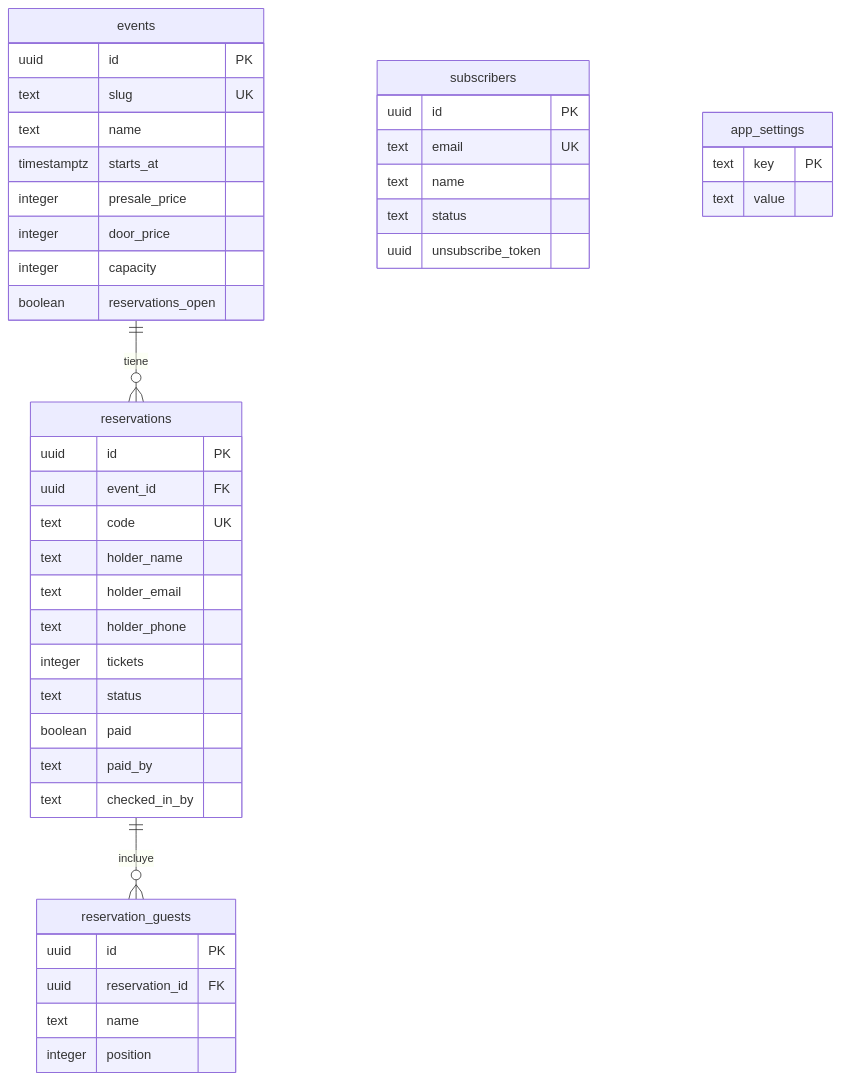
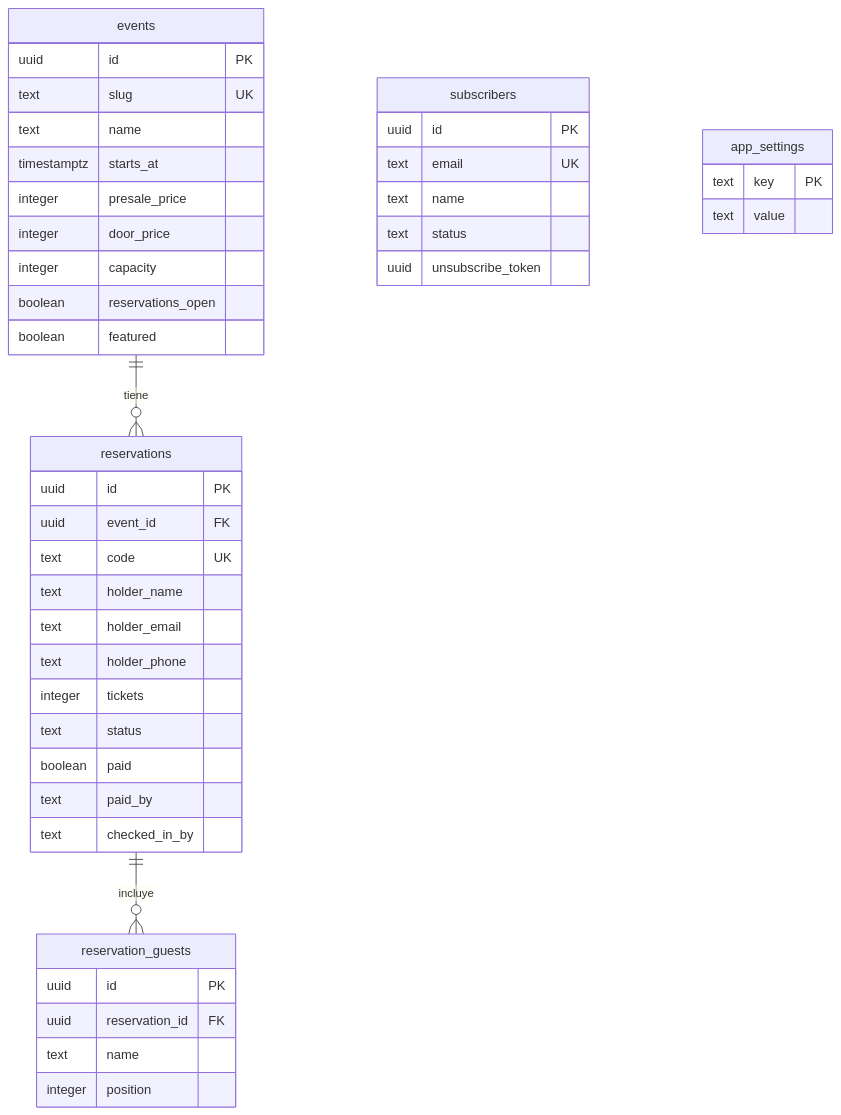
The diagram in docs/base-de-datos.md (JLowZz2806/Nemorphic), drawn with Mermaid before and after one commit. The commit also changed other lines of this file and 18 other files, not shown here.

````diff
--- a/docs/base-de-datos.md
+++ b/docs/base-de-datos.md
@@ -18,46 +18,47 @@
 ```mermaid
 erDiagram
     events ||--o{ reservations : "tiene"
     reservations ||--o{ reservation_guests : "incluye"
 
     events {
         uuid id PK
         text slug UK
         text name
         timestamptz starts_at
         integer presale_price
         integer door_price
         integer capacity
         boolean reservations_open
+        boolean featured
     }
     reservations {
         uuid id PK
         uuid event_id FK
         text code UK
         text holder_name
         text holder_email
         text holder_phone
         integer tickets
         text status
         boolean paid
         text paid_by
         text checked_in_by
     }
     reservation_guests {
         uuid id PK
         uuid reservation_id FK
         text name
         integer position
     }
     subscribers {
         uuid id PK
         text email UK
         text name
         text status
         uuid unsubscribe_token
     }
     app_settings {
         text key PK
         text value
     }
 ```
````
